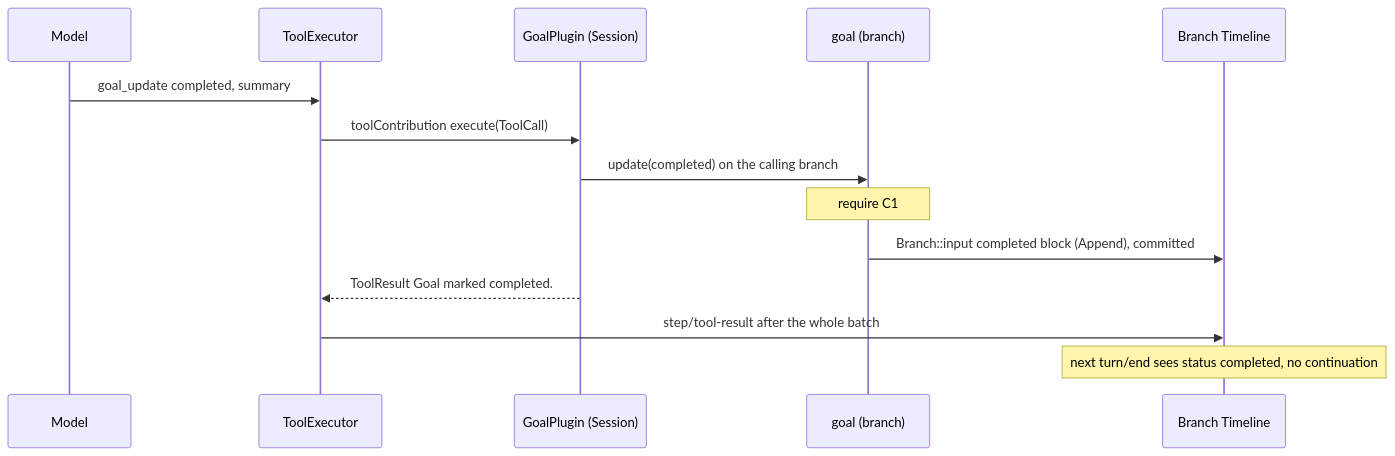
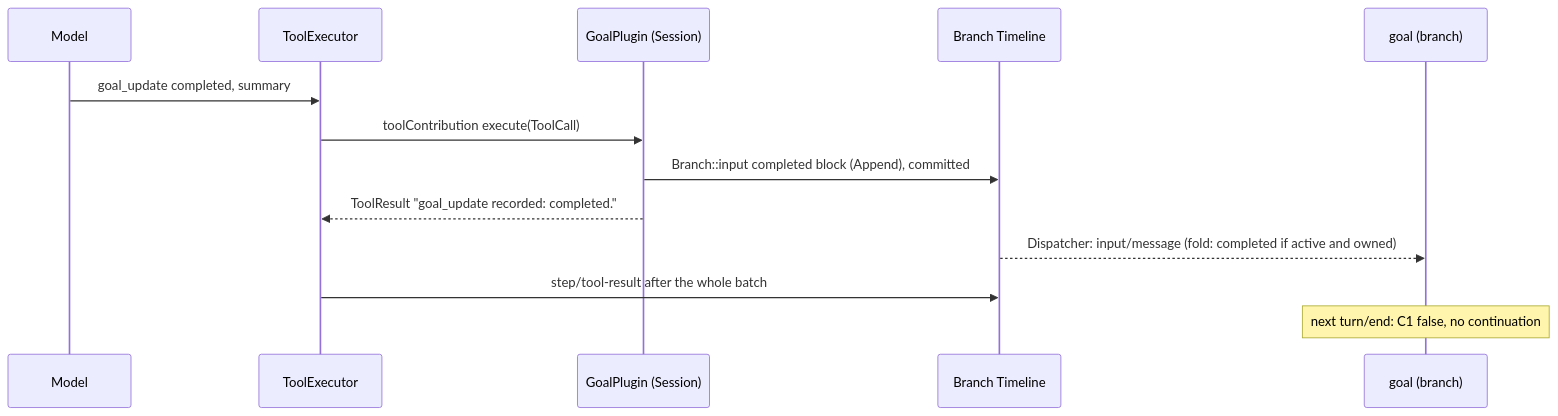
Before and after one commit to CoutinhoTTS/dim-agent: the fourth of 6 diagrams in docs/design/plugins/Goal.md, drawn with Mermaid. The commit also changed other lines of this file and 40 other files, not shown here.

````diff
--- a/docs/design/plugins/Goal.md
+++ b/docs/design/plugins/Goal.md
@@ -108,16 +128,15 @@
 ```mermaid
 sequenceDiagram
   participant Model
   participant TE as ToolExecutor
   participant GS as GoalPlugin (Session)
+  participant TL as Branch Timeline
   participant G as goal (branch)
-  participant TL as Branch Timeline
   Model->>TE: goal_update completed, summary
   TE->>GS: toolContribution execute(ToolCall)
-  GS->>G: update(completed) on the calling branch
-  Note over G: require C1
-  G->>TL: Branch::input completed block (Append), committed
-  GS-->>TE: ToolResult Goal marked completed.
+  GS->>TL: Branch::input completed block (Append), committed
+  GS-->>TE: ToolResult "goal_update recorded: completed."
+  TL-->>G: Dispatcher: input/message (fold: completed if active and owned)
   TE->>TL: step/tool-result after the whole batch
-  Note over TL: next turn/end sees status completed, no continuation
+  Note over G: next turn/end: C1 false, no continuation
 ```
````
